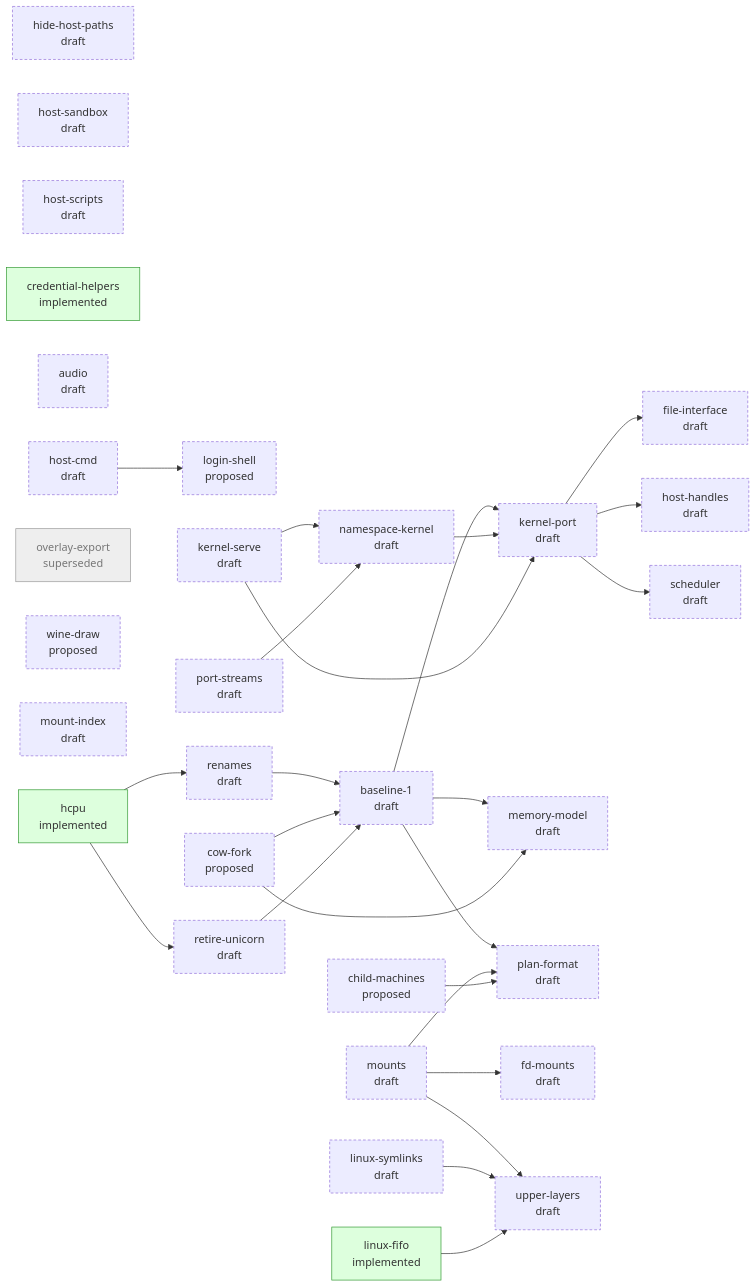
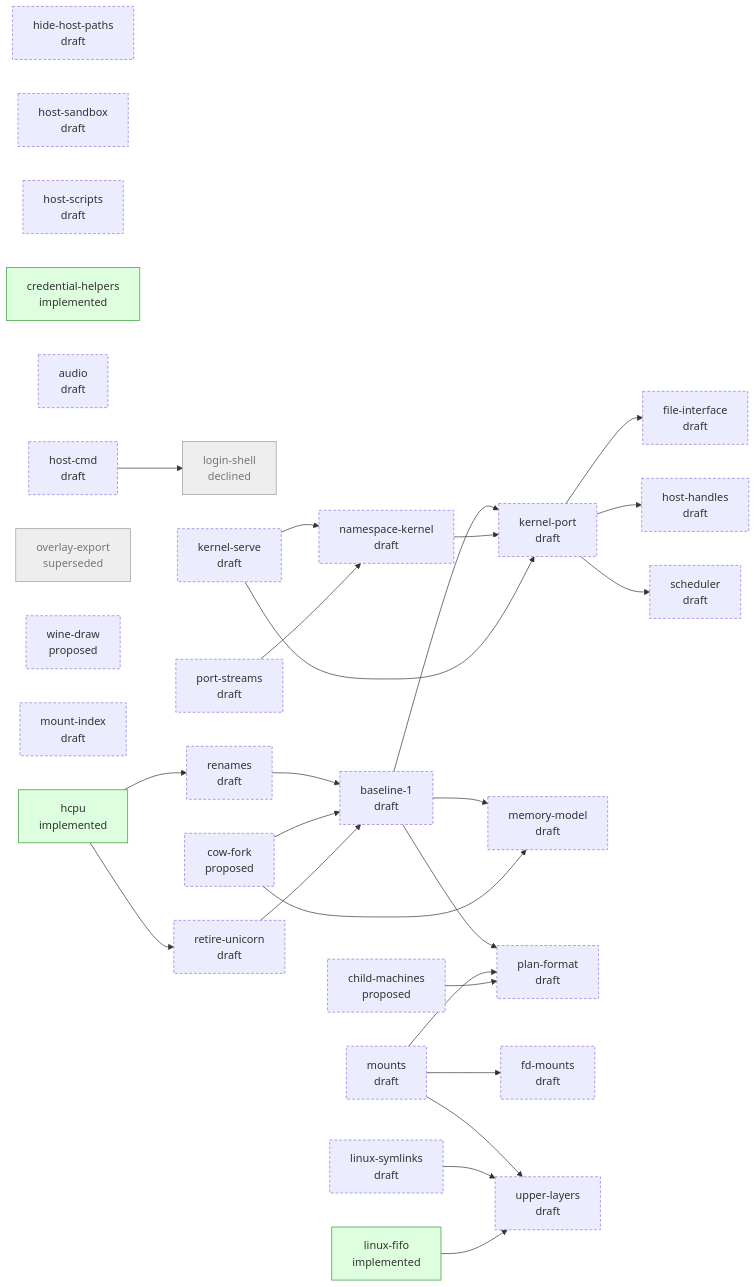
Before and after one commit to progrium/hyper9: the diagram in design/STATUS.md, drawn with Mermaid. The commit also changed other lines of this file, not shown here.

Commit message:
design: regenerate STATUS.md

````diff
--- a/design/STATUS.md
+++ b/design/STATUS.md
@@ -40,60 +40,60 @@
 ```mermaid
 flowchart LR
   classDef draft stroke-dasharray: 4 3
   classDef accepted stroke-width: 2px
   classDef implemented fill:#dfd,stroke:#393
   classDef closed fill:#eee,stroke:#999,color:#777
   p_hide_host_paths["hide-host-paths<br/>draft"]:::draft
   p_host_sandbox["host-sandbox<br/>draft"]:::draft
   p_host_scripts["host-scripts<br/>draft"]:::draft
   p_credential_helpers["credential-helpers<br/>implemented"]:::implemented
   p_audio["audio<br/>draft"]:::draft
   p_host_cmd["host-cmd<br/>draft"]:::draft
   p_overlay_export["overlay-export<br/>superseded"]:::closed
-  p_login_shell["login-shell<br/>proposed"]:::draft
+  p_login_shell["login-shell<br/>declined"]:::closed
   p_child_machines["child-machines<br/>proposed"]:::draft
   p_cow_fork["cow-fork<br/>proposed"]:::draft
   p_wine_draw["wine-draw<br/>proposed"]:::draft
   p_mount_index["mount-index<br/>draft"]:::draft
   p_hcpu["hcpu<br/>implemented"]:::implemented
   p_kernel_serve["kernel-serve<br/>draft"]:::draft
   p_namespace_kernel["namespace-kernel<br/>draft"]:::draft
   p_port_streams["port-streams<br/>draft"]:::draft
   p_linux_fifo["linux-fifo<br/>implemented"]:::implemented
   p_mounts["mounts<br/>draft"]:::draft
   p_baseline_1["baseline-1<br/>draft"]:::draft
   p_file_interface["file-interface<br/>draft"]:::draft
   p_host_handles["host-handles<br/>draft"]:::draft
   p_kernel_port["kernel-port<br/>draft"]:::draft
   p_linux_symlinks["linux-symlinks<br/>draft"]:::draft
   p_memory_model["memory-model<br/>draft"]:::draft
   p_plan_format["plan-format<br/>draft"]:::draft
   p_renames["renames<br/>draft"]:::draft
   p_retire_unicorn["retire-unicorn<br/>draft"]:::draft
   p_scheduler["scheduler<br/>draft"]:::draft
   p_fd_mounts["fd-mounts<br/>draft"]:::draft
   p_upper_layers["upper-layers<br/>draft"]:::draft
   p_host_cmd --> p_login_shell
   p_kernel_serve --> p_namespace_kernel
   p_port_streams --> p_namespace_kernel
   p_renames --> p_baseline_1
   p_cow_fork --> p_baseline_1
   p_retire_unicorn --> p_baseline_1
   p_kernel_port --> p_file_interface
   p_kernel_port --> p_host_handles
   p_baseline_1 --> p_kernel_port
   p_namespace_kernel --> p_kernel_port
   p_kernel_serve --> p_kernel_port
   p_baseline_1 --> p_memory_model
   p_cow_fork --> p_memory_model
   p_baseline_1 --> p_plan_format
   p_mounts --> p_plan_format
   p_child_machines --> p_plan_format
   p_hcpu --> p_renames
   p_hcpu --> p_retire_unicorn
   p_kernel_port --> p_scheduler
   p_mounts --> p_fd_mounts
   p_mounts --> p_upper_layers
   p_linux_symlinks --> p_upper_layers
   p_linux_fifo --> p_upper_layers
 ```
````
